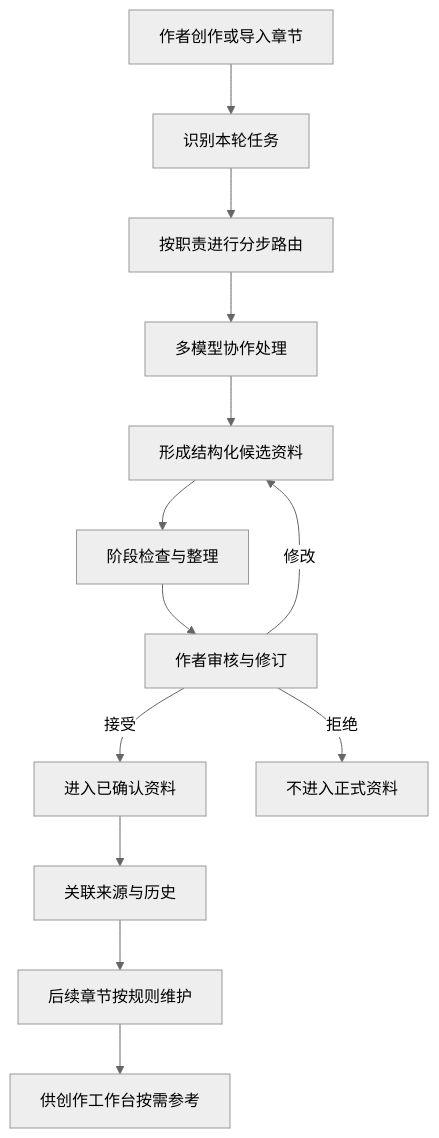
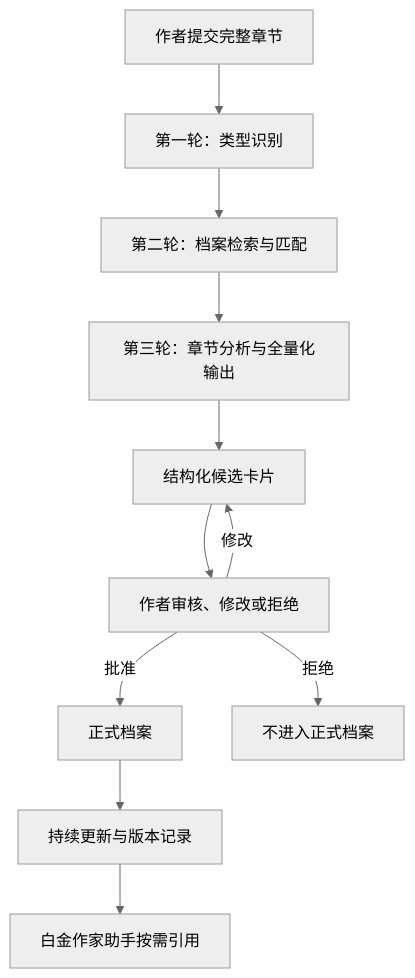
One commit to RenMing-CH/wanxia-architecture changed the diagram in README.md. Above: the diagram before and after it, drawn with Mermaid (neutral theme). The commit also changed other lines of this file and 7 other files, not shown here.

Commit message:
Publish card lifecycle architecture and selected examples

```diff
--- a/README.md
+++ b/README.md
@@ -24,15 +29,13 @@
 ~~~mermaid
 flowchart TD
-    A[作者创作或导入章节] --> B[识别本轮任务]
-    B --> C[按职责进行分步路由]
-    C --> D[多模型协作处理]
-    D --> E[形成结构化候选资料]
-    E --> F[阶段检查与整理]
-    F --> G[作者审核与修订]
-    G -->|接受| H[进入已确认资料]
-    G -->|修改| E
-    G -->|拒绝| I[不进入正式资料]
-    H --> J[关联来源与历史]
-    J --> K[后续章节按规则维护]
-    K --> L[供创作工作台按需参考]
+    A[作者提交完整章节] --> B[第一轮：类型识别]
+    B --> C[第二轮：档案检索与匹配]
+    C --> D[第三轮：章节分析与全量化输出]
+    D --> E[结构化候选卡片]
+    E --> F[作者审核、修改或拒绝]
+    F -->|批准| G[正式档案]
+    F -->|修改| E
+    F -->|拒绝| H[不进入正式档案]
+    G --> I[持续更新与版本记录]
+    I --> J[白金作家助手按需引用]
 ~~~
```
